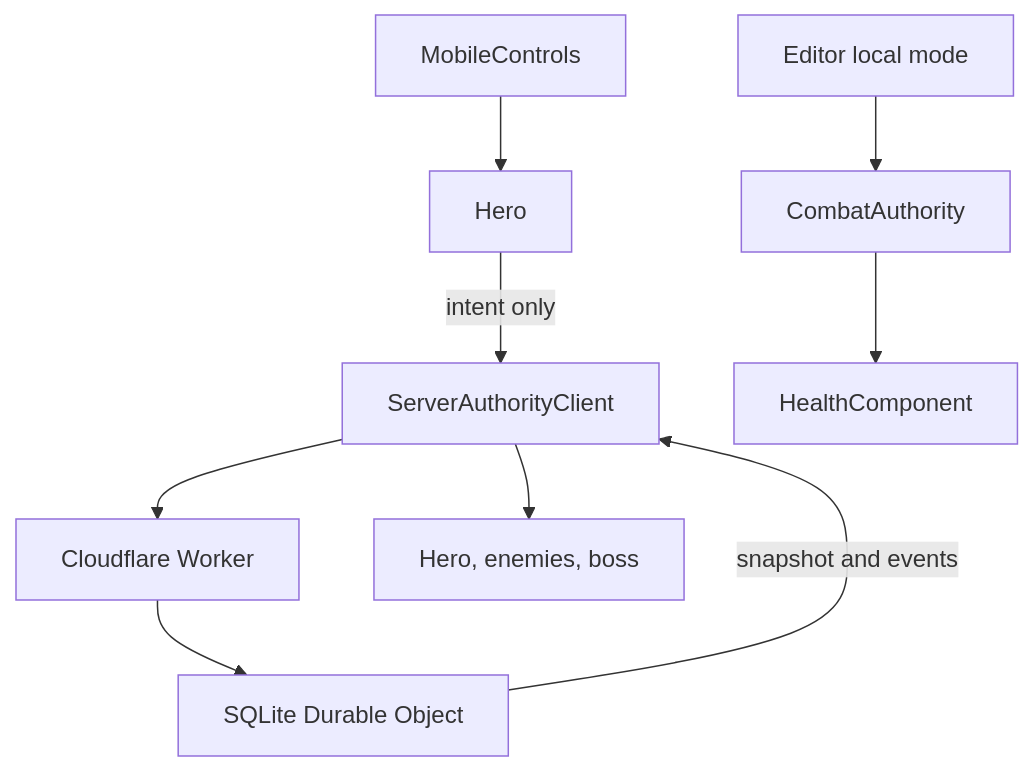
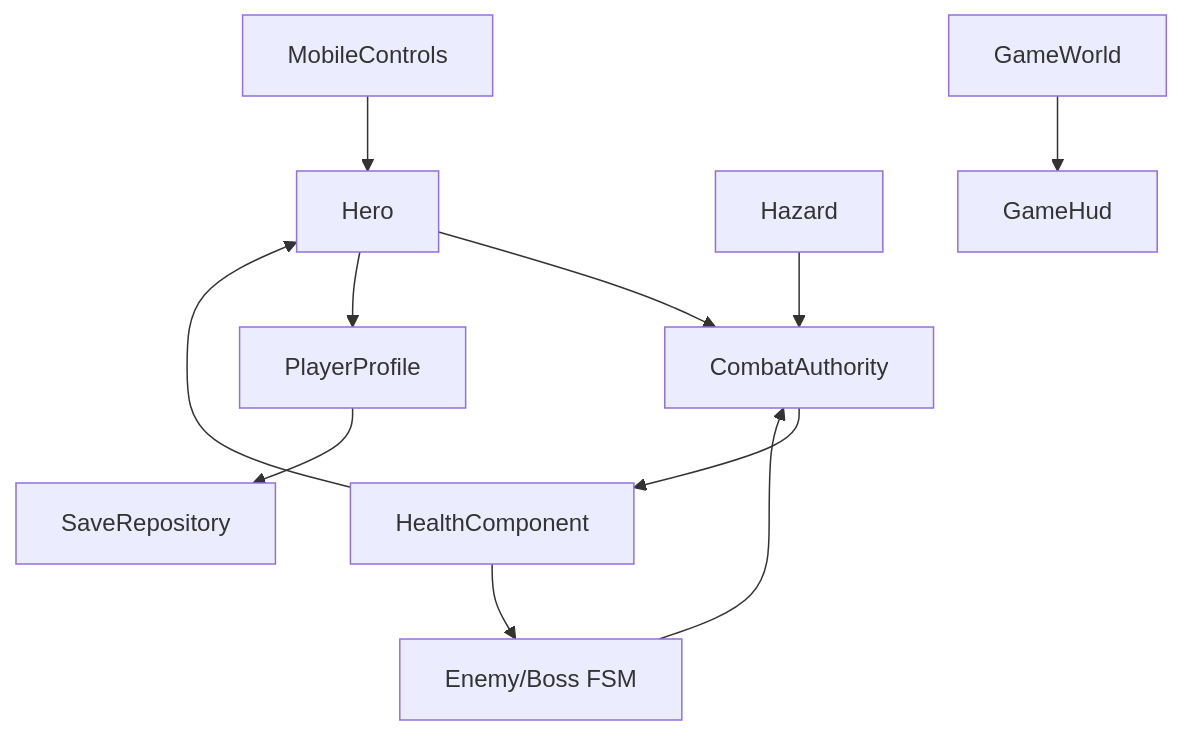
Before and after one commit to QuachGia1994/ShadowRift: the diagram in docs/arch/game-architecture.md, drawn with Mermaid. The commit also changed other lines of this file and 39 other files, not shown here.

````diff
--- a/docs/arch/game-architecture.md
+++ b/docs/arch/game-architecture.md
@@ -5,11 +5,13 @@
 ```mermaid
 flowchart TD
     Input[MobileControls] --> Hero
-    Hero -->|intent only| Client[ServerAuthorityClient]
-    Client --> Worker[Cloudflare Worker]
-    Worker --> Session[SQLite Durable Object]
-    Session -->|snapshot and events| Client
-    Client --> Actors[Hero, enemies, boss]
-    Debug[Editor local mode] --> Combat[CombatAuthority]
+    Hero --> Combat[CombatAuthority]
+    Enemy[Enemy/Boss FSM] --> Combat
+    Hazard[Hazard] --> Combat
     Combat --> Health[HealthComponent]
+    Health --> Hero
+    Health --> Enemy
+    Hero --> Profile[PlayerProfile]
+    Profile --> Save[SaveRepository]
+    World[GameWorld] --> HUD[GameHud]
 ```
````
